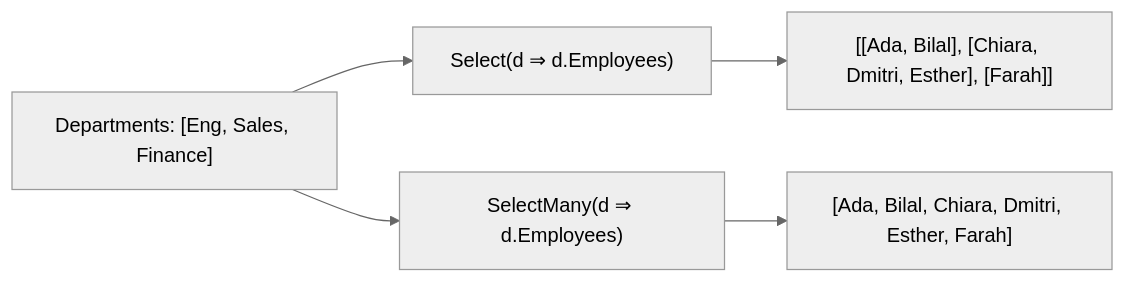
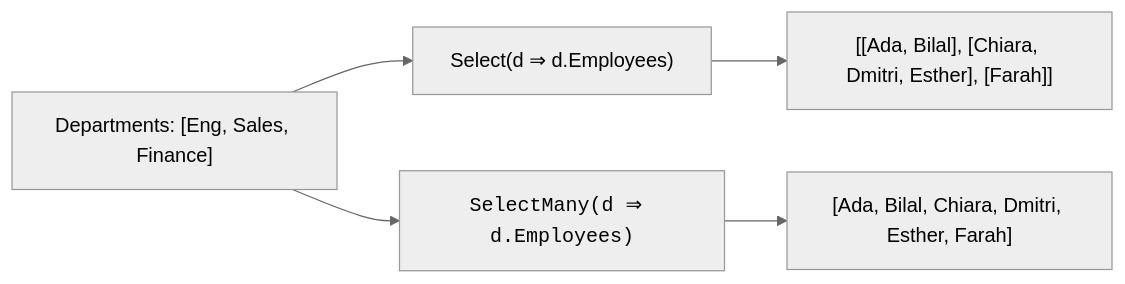
Before and after one commit to dataslope/dataslope: the diagram in content/learn/csharp-linq-functional/selectmany-and-flattening.mdx, drawn with Mermaid (neutral theme). The commit also changed 153 other files, not shown here.

First line of the commit message:
Render code-only mermaid shapes in monospace; convert step sequences to Steps

````diff
--- a/content/learn/csharp-linq-functional/selectmany-and-flattening.mdx
+++ b/content/learn/csharp-linq-functional/selectmany-and-flattening.mdx
@@ -82,7 +82,7 @@
 ```mermaid
 flowchart LR
     A["Departments: [Eng, Sales, Finance]"] --> S["Select(d ⇒ d.Employees)"]
     S --> N["[[Ada, Bilal], [Chiara, Dmitri, Esther], [Farah]]"]
-    A --> M["SelectMany(d ⇒ d.Employees)"]
+    A --> M["<code>SelectMany(d ⇒ d.Employees)</code>"]
     M --> F["[Ada, Bilal, Chiara, Dmitri, Esther, Farah]"]
 ```
````
